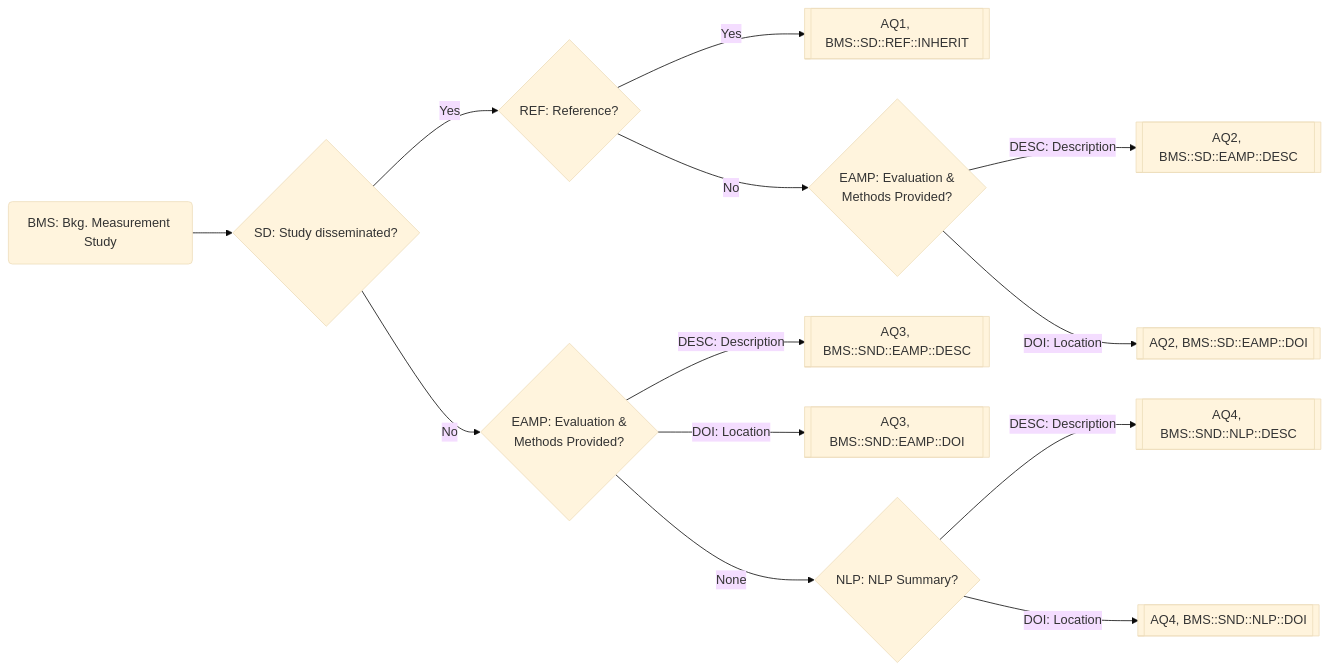
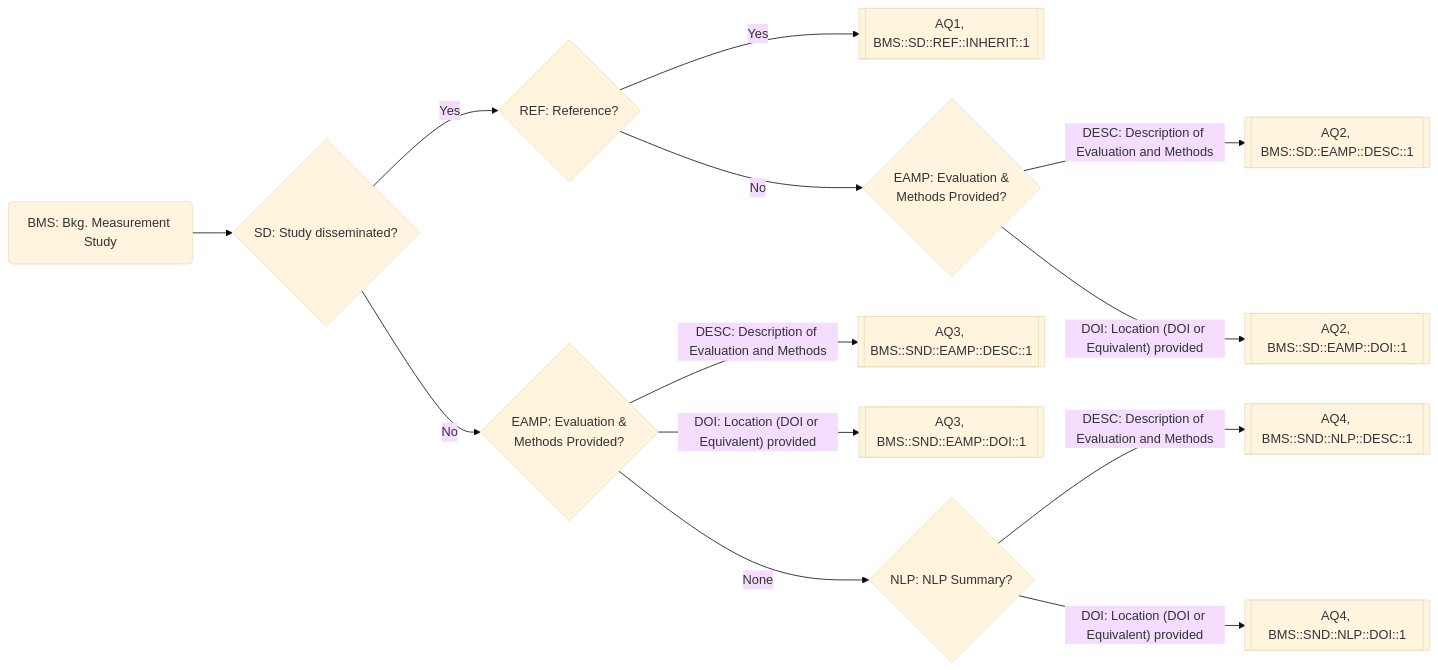
The diagram in README.md (jacobmpeters/NLPReportingMethodologyApp), drawn with Mermaid (base theme) before and after one commit.

Commit message:
Added further detail to mermaid

````diff
--- a/README.md
+++ b/README.md
@@ -17,15 +17,15 @@
 ```mermaid
 flowchart LR
     BMS(BMS: Bkg. Measurement Study) --> SD
     SD{SD: Study disseminated?} -- Yes --> REF{REF: Reference?};
-    REF -- Yes --> AQ1[[AQ1, BMS::SD::REF::INHERIT]]
+    REF -- Yes --> AQ1[[AQ1, BMS::SD::REF::INHERIT::1]]
     REF -- No --> EM{EAMP: Evaluation &\n Methods Provided?}
-    EM -- DESC: Description --> AQ2_A[[AQ2, BMS::SD::EAMP::DESC]]
-    EM -- DOI: Location --> AQ2_B[[AQ2, BMS::SD::EAMP::DOI]]
+    EM -- DESC: Description of Evaluation and Methods --> AQ2_A[[AQ2, BMS::SD::EAMP::DESC::1]]
+    EM -- DOI: Location (DOI or Equivalent) provided --> AQ2_B[[AQ2, BMS::SD::EAMP::DOI::1]]
     SD -- No --> EM2{EAMP: Evaluation &\n Methods Provided?}
-    EM2 -- DESC: Description --> AQ3_A[[AQ3, BMS::SND::EAMP::DESC]]
-    EM2 -- DOI: Location --> AQ3_B[[AQ3, BMS::SND::EAMP::DOI]]
+    EM2 -- DESC: Description of Evaluation and Methods --> AQ3_A[[AQ3, BMS::SND::EAMP::DESC::1]]
+    EM2 -- DOI: Location (DOI or Equivalent) provided --> AQ3_B[[AQ3, BMS::SND::EAMP::DOI::1]]
     EM2 -- None --> NLPS{NLP: NLP Summary?}
-    NLPS -- DESC: Description --> AQ4_A[[AQ4, BMS::SND::NLP::DESC]]
-    NLPS -- DOI: Location --> AQ4[[AQ4, BMS::SND::NLP::DOI]]
+    NLPS -- DESC: Description of Evaluation and Methods --> AQ4_A[[AQ4, BMS::SND::NLP::DESC::1]]
+    NLPS -- DOI: Location (DOI or Equivalent) provided --> AQ4[[AQ4, BMS::SND::NLP::DOI::1]]
 ```
````
